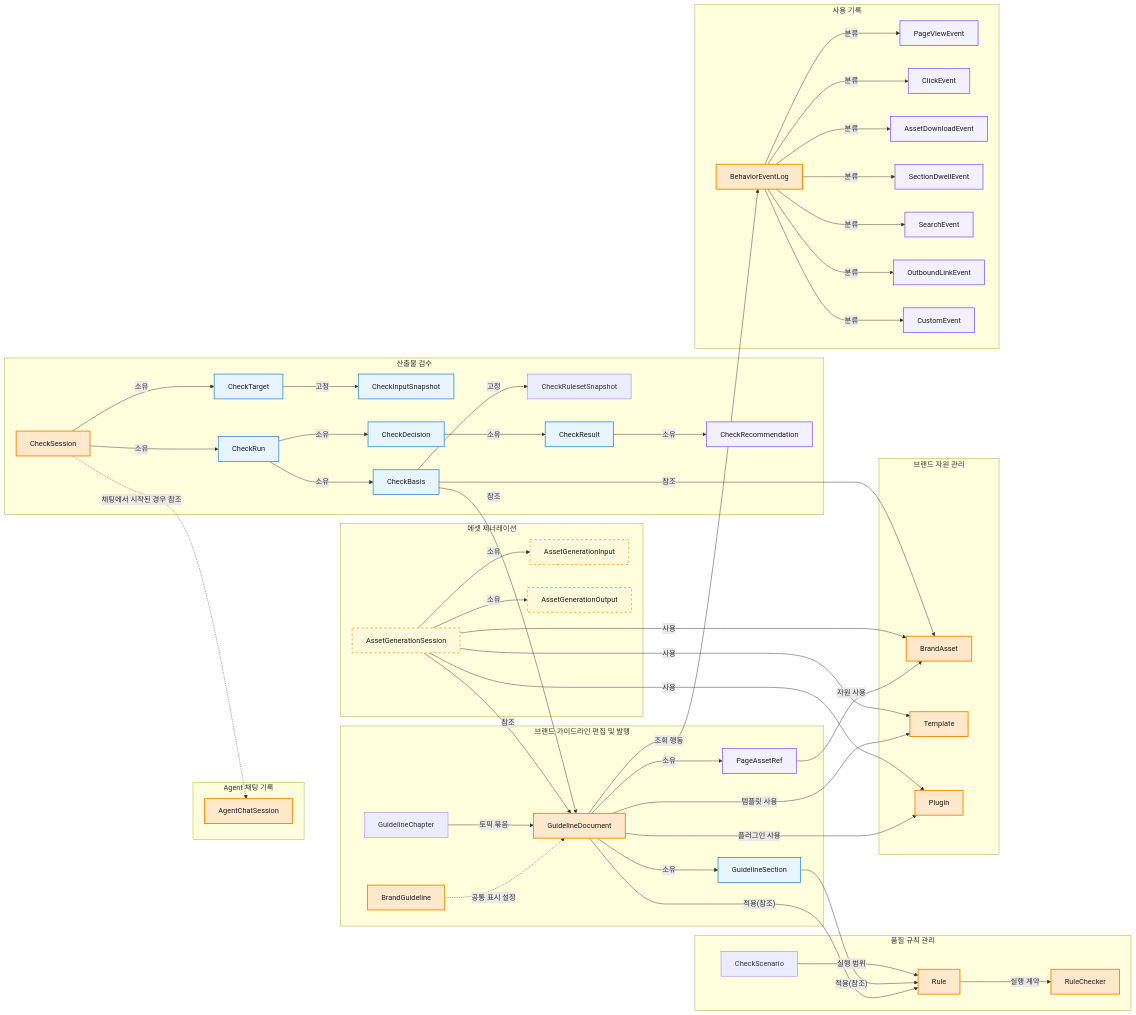
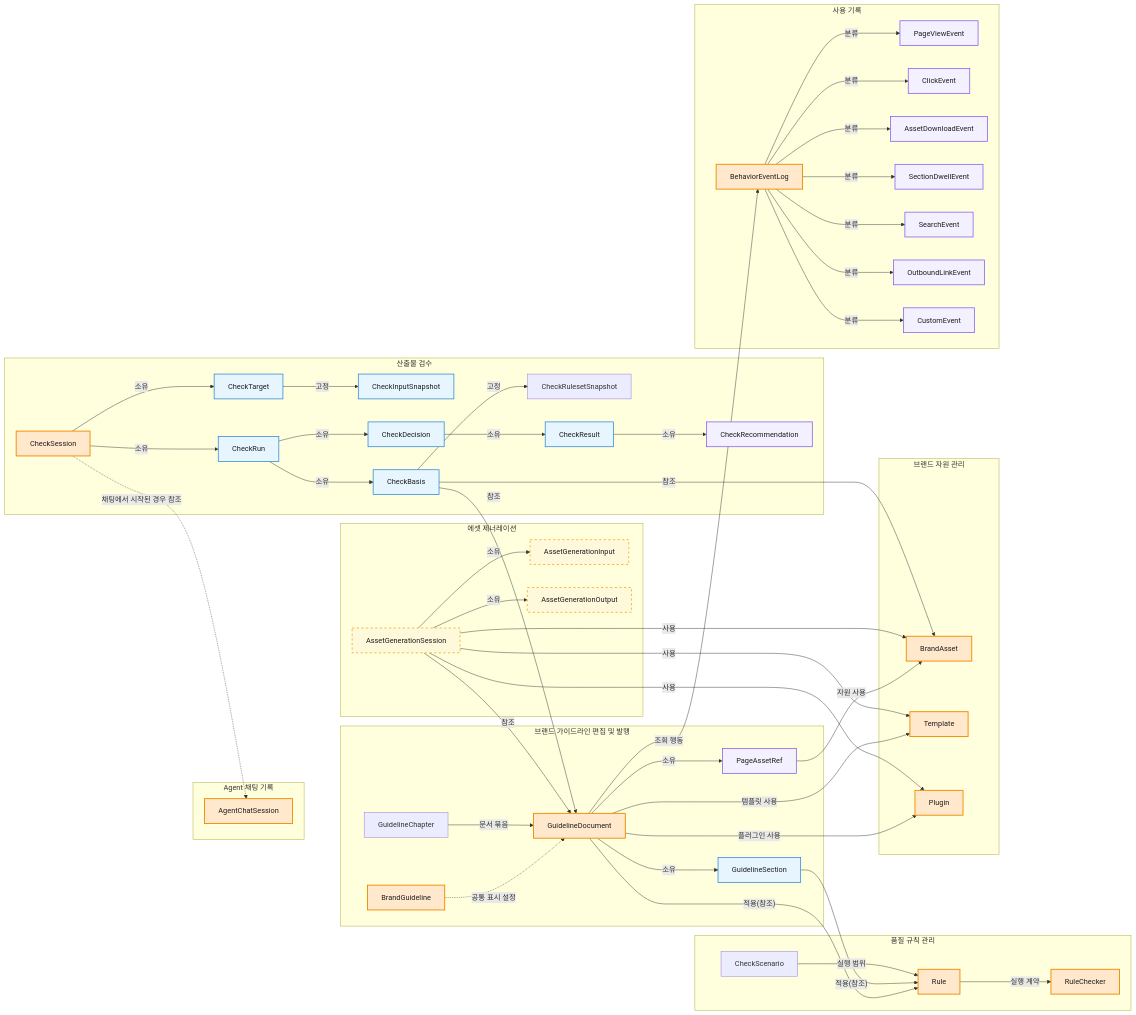
The second of 5 diagrams in docs/04-domain-model.md (Living-Brand-System/living-brand-system), drawn with Mermaid before and after one commit. The commit also changed other lines of this file and 10 other files, not shown here.

```diff
--- a/docs/04-domain-model.md
+++ b/docs/04-domain-model.md
@@ -142,7 +142,7 @@
   end
 
   BrandGuideline -.->|"공통 표시 설정"| GuidelineDocument
-  GuidelineChapter -->|"토픽 묶음"| GuidelineDocument
+  GuidelineChapter -->|"문서 묶음"| GuidelineDocument
   GuidelineDocument -->|"소유"| GuidelineSection
   GuidelineDocument -->|"적용(참조)"| Rule
   GuidelineSection -->|"적용(참조)"| Rule
```
